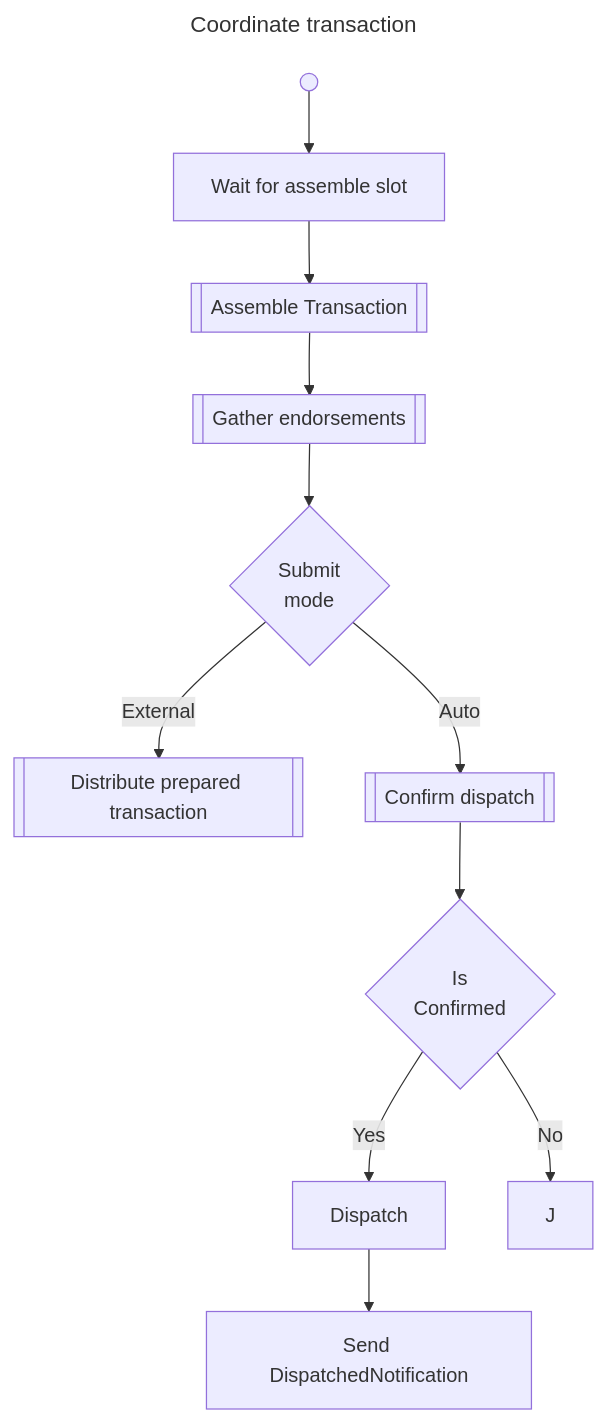
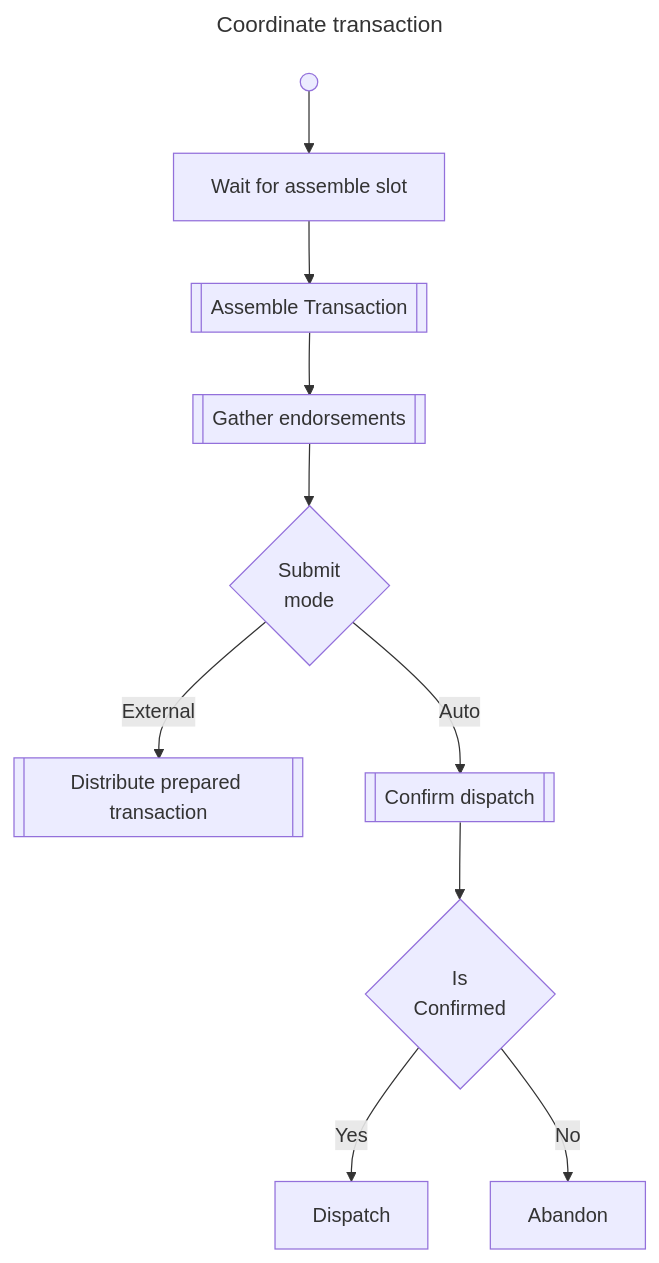
Diagram 21 of 22 in doc-site/docs/architecture/distributed_sequencer.md (matthew1001/paladin), drawn with Mermaid before and after one commit. The commit also changed other lines of this file, not shown here.

Commit message:
remove dispatch notification

````diff
--- a/doc-site/docs/architecture/distributed_sequencer.md
+++ b/doc-site/docs/architecture/distributed_sequencer.md
@@ -1403,27 +1317,28 @@
 ```mermaid
 ---
 title: Coordinate transaction
 ---
 flowchart TB
     Start@{ shape: sm-circ, label: "Start" }
     A@{ shape: rect, label: "Wait for assemble slot" }
     B@{ shape: fr-rect, label: "Assemble Transaction" }
     C@{ shape: fr-rect, label: "Gather endorsements" }
     D@{ shape: diam, label: "Submit<br/>mode" }
     E@{ shape: fr-rect, label: "Distribute prepared transaction" }
     F@{ shape: fr-rect, label: "Confirm dispatch" }
     G@{ shape: diam, label: "Is<br/>Confirmed" }
     H@{ shape: rect, label: "Dispatch" }
-    I@{ shape: rect, label: "Send DispatchedNotification" }
+    J@{ shape: rect, label: "Abandon" }
+    
 
     Start --> A
     A --> B
     B --> C
     C --> D
     D --> |External| E
     D --> |Auto| F
     F --> G
     G --> |Yes| H
     G --> |No| J
-    H --> I
+    
 ```
````
